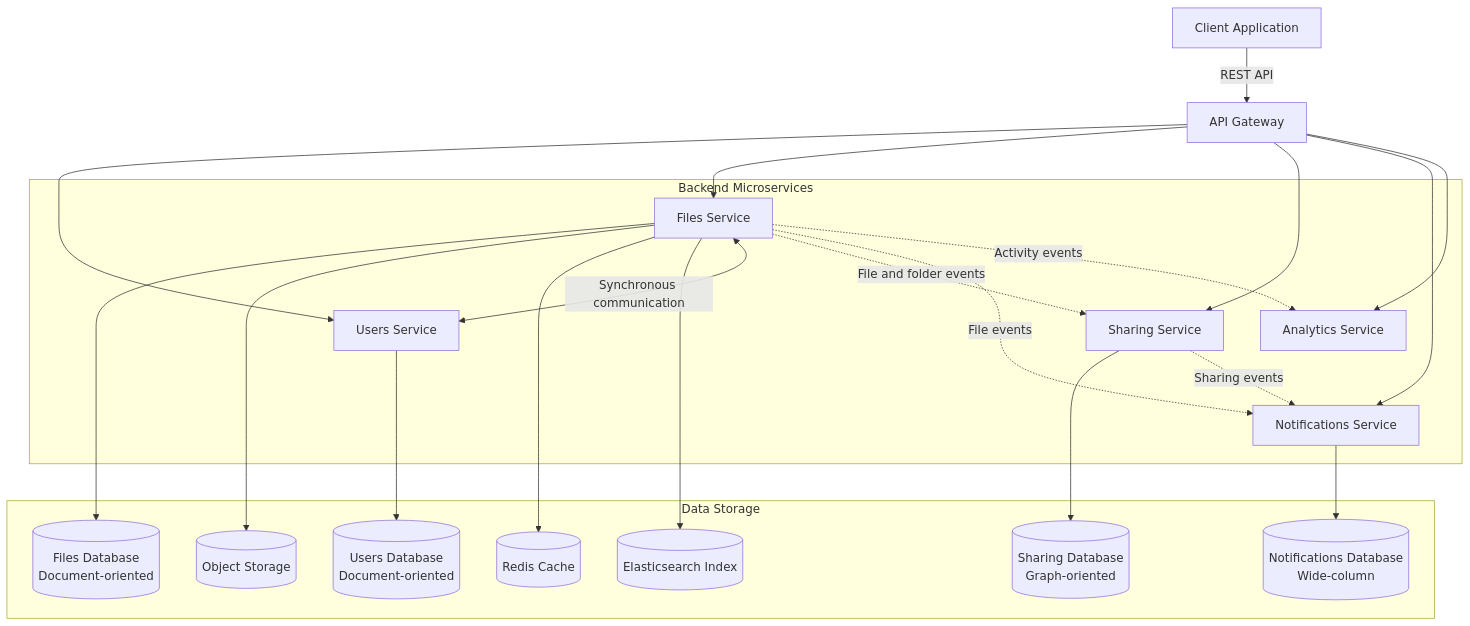
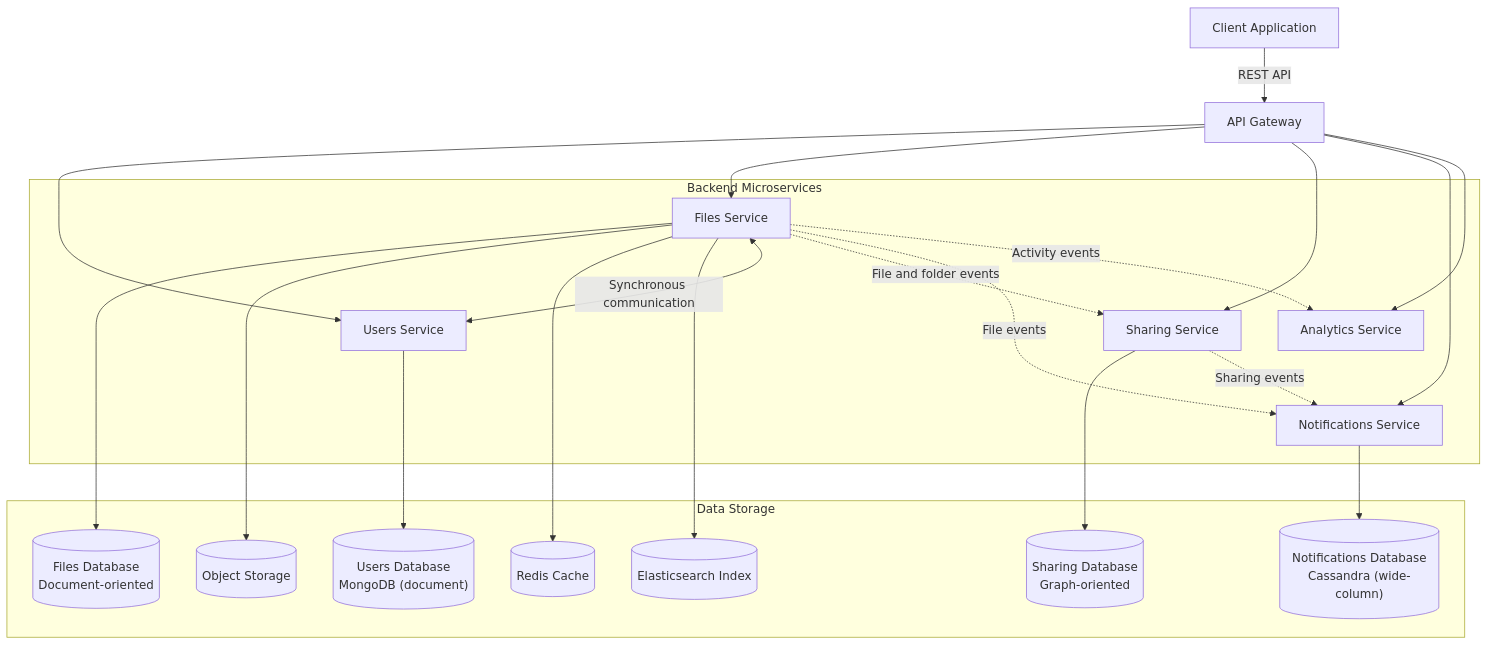
One commit to ivanastamenkovic/file-storage-sharing-platform changed the diagram in README.md. Above: the diagram before and after it, drawn with Mermaid. The commit also changed other lines of this file, not shown here.

````diff
--- a/README.md
+++ b/README.md
@@ -102,48 +101,48 @@
 ```mermaid
 flowchart TB
     Client["Client Application"]
     Gateway["API Gateway"]
 
     subgraph Backend["Backend Microservices"]
         Users["Users Service"]
         Files["Files Service"]
         Sharing["Sharing Service"]
         Notifications["Notifications Service"]
         Analytics["Analytics Service"]
     end
 
     subgraph Storage["Data Storage"]
-        UsersDB[("Users Database<br/>Document-oriented")]
+        UsersDB[("Users Database<br/>MongoDB (document)")]
         FilesDB[("Files Database<br/>Document-oriented")]
         ObjectStore[("Object Storage")]
         SharingDB[("Sharing Database<br/>Graph-oriented")]
-        NotificationsDB[("Notifications Database<br/>Wide-column")]
+        NotificationsDB[("Notifications Database<br/>Cassandra (wide-column)")]
         Redis[("Redis Cache")]
         Elasticsearch[("Elasticsearch Index")]
     end
 
     Client -->|"REST API"| Gateway
 
     Gateway --> Users
     Gateway --> Files
     Gateway --> Sharing
     Gateway --> Notifications
     Gateway --> Analytics
 
     Users --> UsersDB
 
     Files --> FilesDB
     Files --> ObjectStore
     Files --> Redis
     Files --> Elasticsearch
 
     Files <-->|"Synchronous communication"| Users
 
     Sharing --> SharingDB
     Notifications --> NotificationsDB
 
     Files -.->|"File and folder events"| Sharing
     Files -.->|"File events"| Notifications
     Files -.->|"Activity events"| Analytics
     Sharing -.->|"Sharing events"| Notifications
 ```
````
